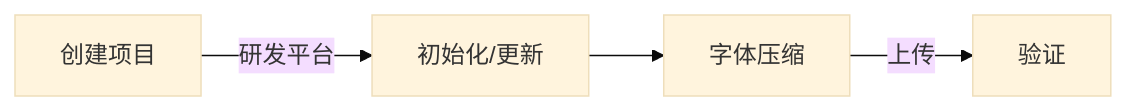
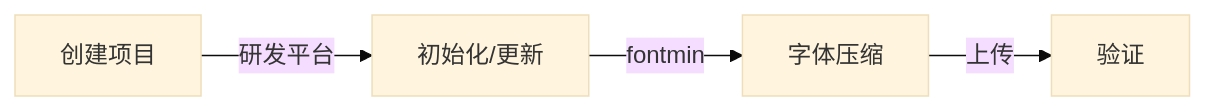
The sixth of 6 diagrams in docs/work/121.ai-all-asset.md (novlan1/notes), drawn with Mermaid (base theme) before and after one commit. The commit also changed other lines of this file and 1 other file, not shown here.

````diff
--- a/docs/work/121.ai-all-asset.md
+++ b/docs/work/121.ai-all-asset.md
@@ -222,4 +222,4 @@
 ```mermaid
 graph LR
-创建项目 --研发平台--> 初始化/更新 --> 字体压缩 --上传--> 验证
+创建项目 --研发平台--> 初始化/更新 --fontmin--> 字体压缩 --上传--> 验证
 ```
````
